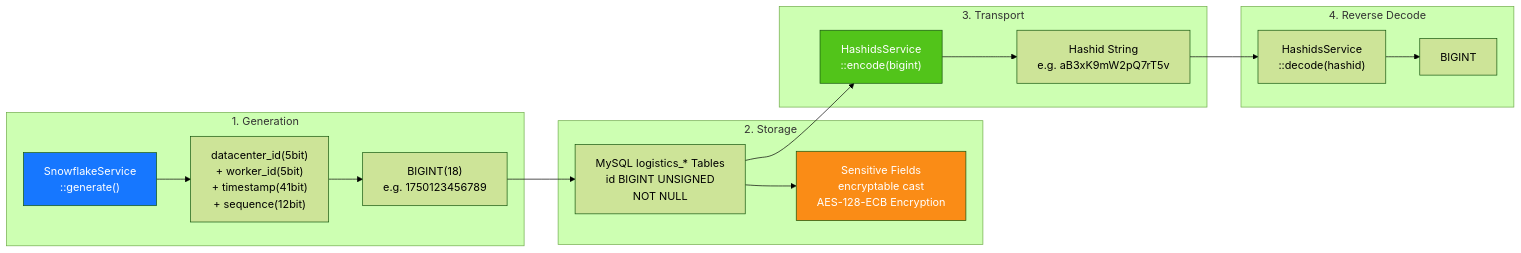
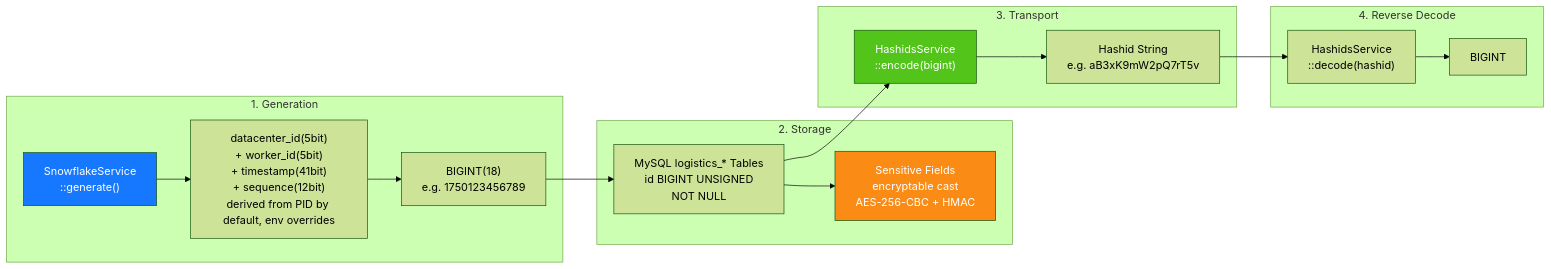
The seventh of 13 diagrams in admin/docs/ARCHITECTURE.en.md (erikwang2013/integrated-global-logistics), drawn with Mermaid (forest theme) before and after one commit. The commit also changed other lines of this file and 88 other files, not shown here.

````diff
--- a/admin/docs/ARCHITECTURE.en.md
+++ b/admin/docs/ARCHITECTURE.en.md
@@ -360,33 +362,33 @@
 ```mermaid
 flowchart LR
     subgraph "1. Generation"
         G1["SnowflakeService<br/>::generate()"]
-        G2["datacenter_id(5bit)<br/>+ worker_id(5bit)<br/>+ timestamp(41bit)<br/>+ sequence(12bit)"]
+        G2["datacenter_id(5bit)<br/>+ worker_id(5bit)<br/>+ timestamp(41bit)<br/>+ sequence(12bit)<br/>derived from PID by default, env overrides"]
         G3["BIGINT(18)<br/>e.g. 1750123456789"]
         G1 --> G2 --> G3
     end
 
     subgraph "2. Storage"
         S1["MySQL logistics_* Tables<br/>id BIGINT UNSIGNED<br/>NOT NULL"]
-        S2["Sensitive Fields<br/>encryptable cast<br/>AES-128-ECB Encryption"]
+        S2["Sensitive Fields<br/>encryptable cast<br/>AES-256-CBC + HMAC"]
         G3 --> S1
         S1 --> S2
     end
 
     subgraph "3. Transport"
         T1["HashidsService<br/>::encode(bigint)"]
         T2["Hashid String<br/>e.g. aB3xK9mW2pQ7rT5v"]
         S1 --> T1
         T1 --> T2
     end
 
     subgraph "4. Reverse Decode"
         R1["HashidsService<br/>::decode(hashid)"]
         R2["BIGINT"]
         T2 --> R1 --> R2
     end
 
     style G1 fill:#1677FF,color:#fff
     style T1 fill:#52C41A,color:#fff
     style S2 fill:#FA8C16,color:#fff
 ```
````
